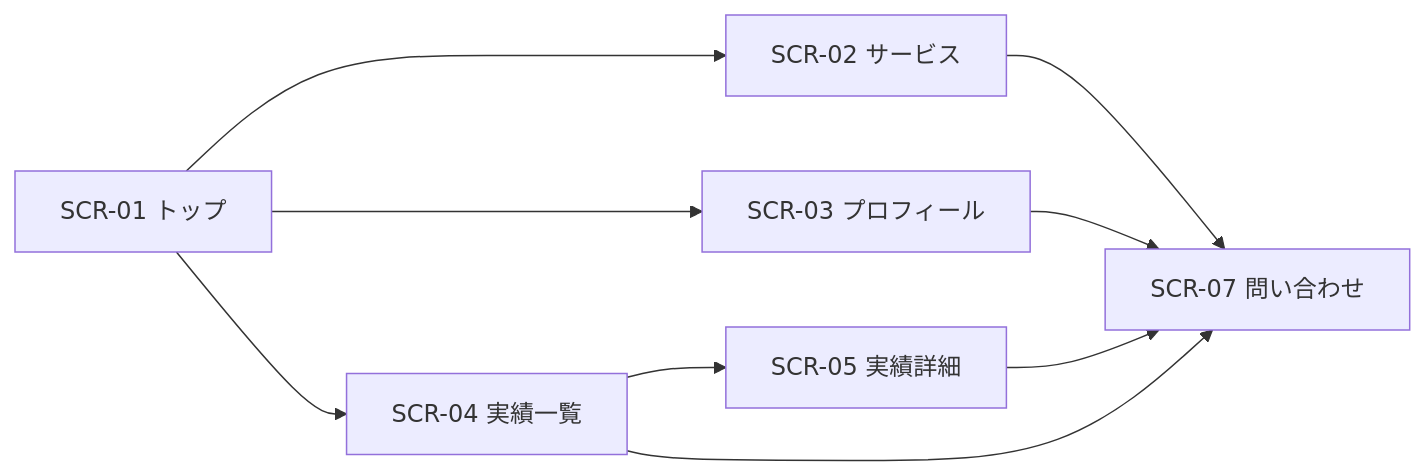
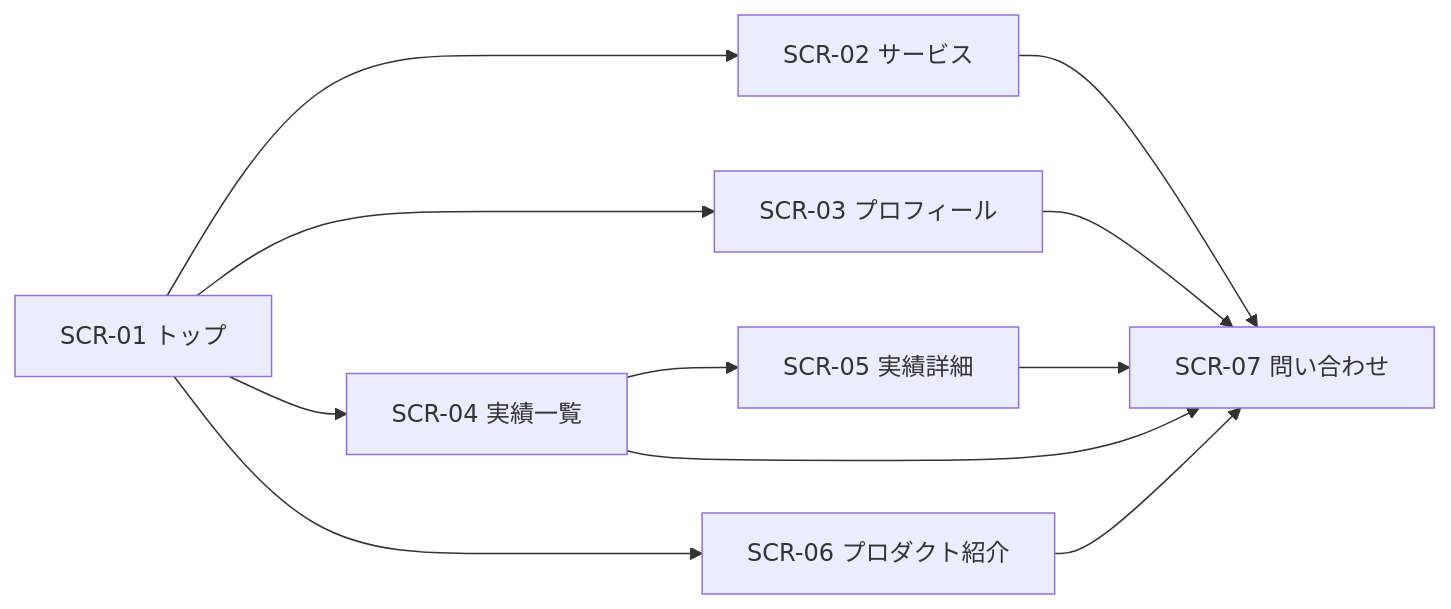
Before and after one commit to YU-Kawasaki-05/Ardors-website: the second of 4 diagrams in docs/01_要件定義/04_画面遷移図_screen-transition.md, drawn with Mermaid. The commit also changed other lines of this file and 32 other files, not shown here.

````diff
--- a/docs/01_要件定義/04_画面遷移図_screen-transition.md
+++ b/docs/01_要件定義/04_画面遷移図_screen-transition.md
@@ -55,11 +59,13 @@
 ```mermaid
 flowchart LR
     A[SCR-01 トップ] --> B[SCR-02 サービス]
     A --> C[SCR-03 プロフィール]
     A --> D[SCR-04 実績一覧]
+    A --> P[SCR-06 プロダクト紹介]
     D --> E[SCR-05 実績詳細]
     E --> F[SCR-07 問い合わせ]
     B --> F
     C --> F
     D --> F
+    P --> F
 ```
````
